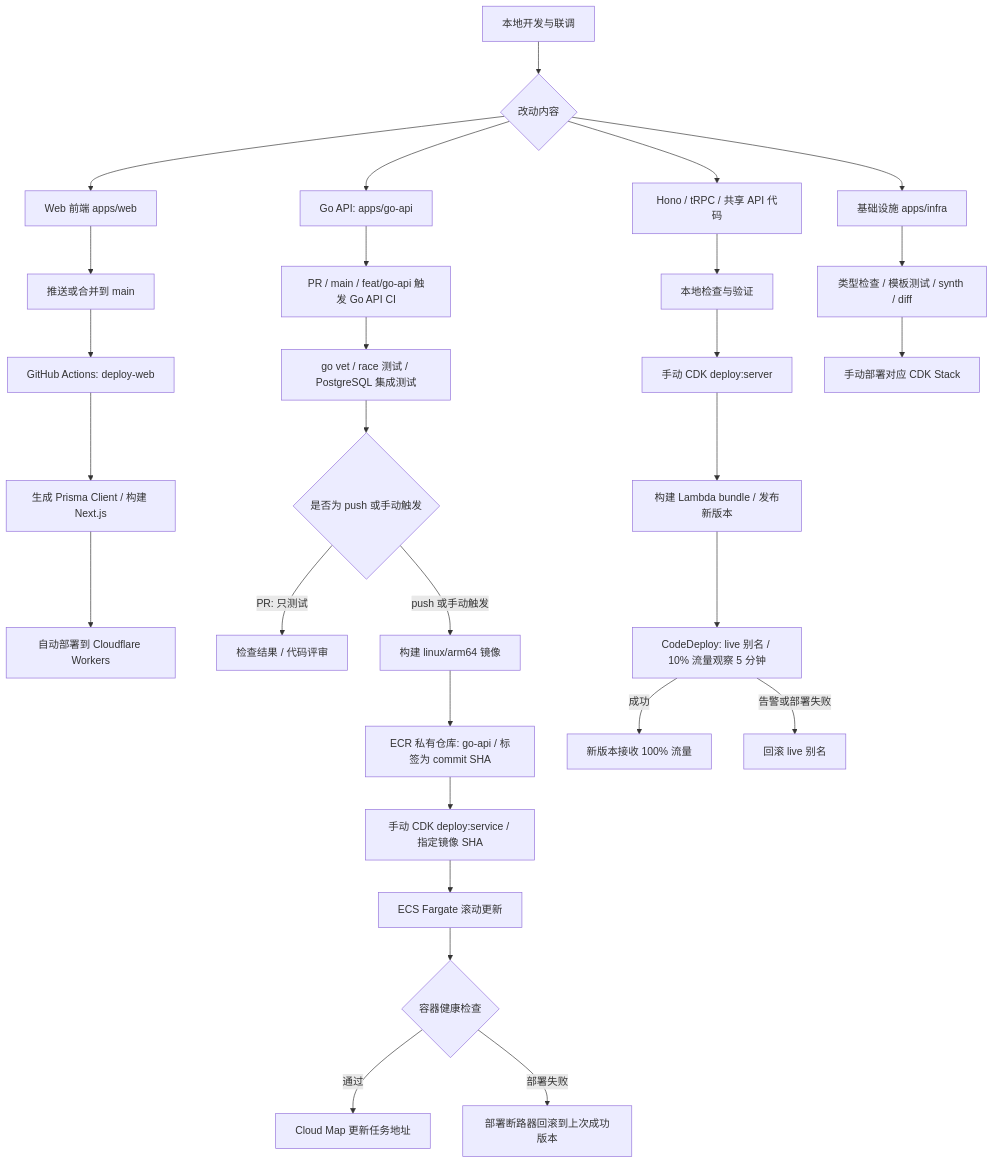
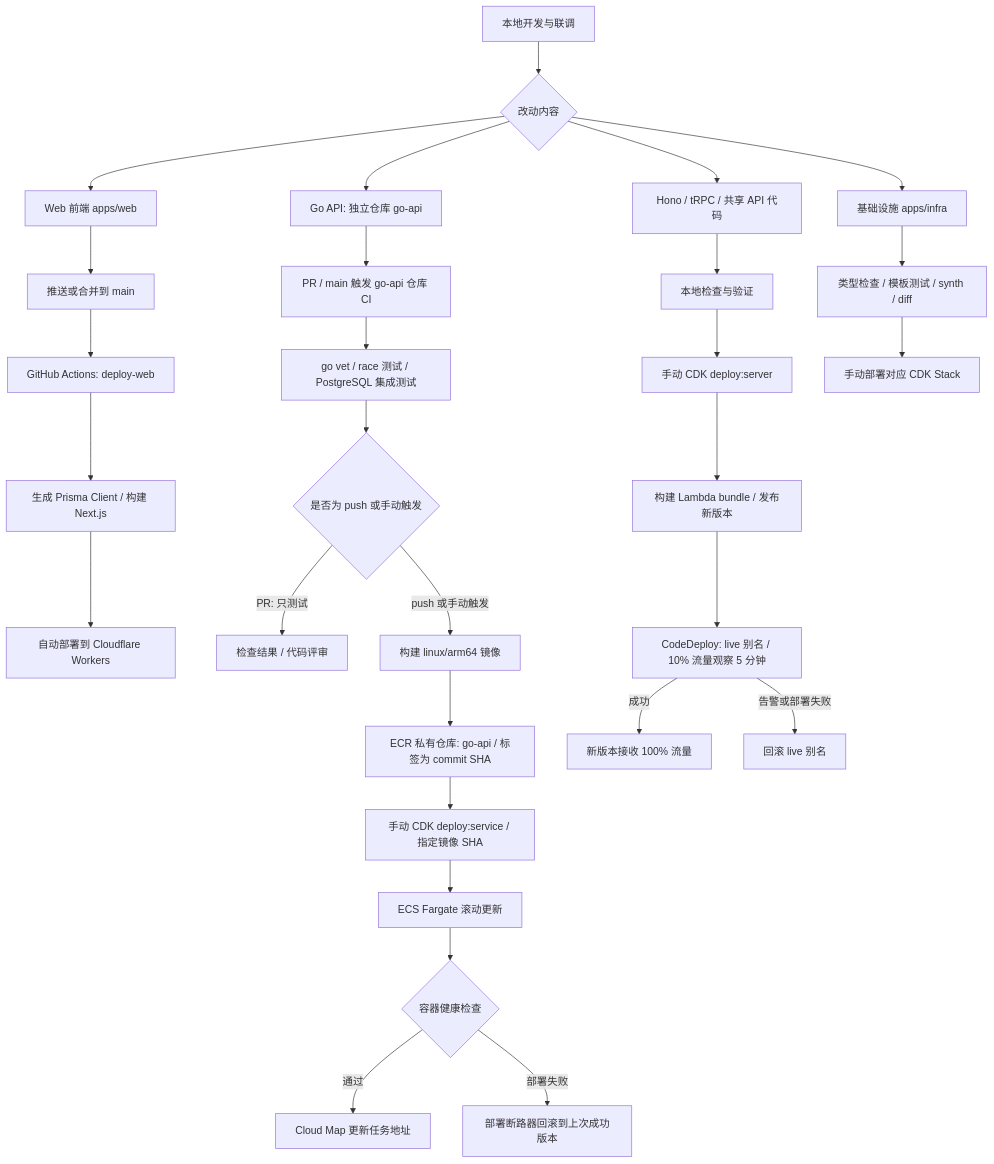
Before and after one commit to lixuecn/github_name: the first of 2 diagrams in apps/infra/DEVELOPMENT.md, drawn with Mermaid. The commit also changed 33 other files, not shown here.

````diff
--- a/apps/infra/DEVELOPMENT.md
+++ b/apps/infra/DEVELOPMENT.md
@@ -7,35 +7,35 @@
 ```mermaid
 flowchart TD
     Dev[本地开发与联调] --> Change{改动内容}
 
     Change --> Web[Web 前端 apps/web]
     Web --> Main[推送或合并到 main]
     Main --> WebCI[GitHub Actions: deploy-web]
     WebCI --> WebBuild[生成 Prisma Client / 构建 Next.js]
     WebBuild --> CF[自动部署到 Cloudflare Workers]
 
-    Change --> Go[Go API: apps/go-api]
-    Go --> GoCI[PR / main / feat/go-api 触发 Go API CI]
+    Change --> Go[Go API: 独立仓库 go-api]
+    Go --> GoCI[PR / main 触发 go-api 仓库 CI]
     GoCI --> Test[go vet / race 测试 / PostgreSQL 集成测试]
     Test --> Event{是否为 push 或手动触发}
     Event -->|PR: 只测试| Review[检查结果 / 代码评审]
     Event -->|push 或手动触发| Image[构建 linux/arm64 镜像]
     Image --> ECR[ECR 私有仓库: go-api / 标签为 commit SHA]
     ECR --> DeployGo[手动 CDK deploy:service / 指定镜像 SHA]
     DeployGo --> ECS[ECS Fargate 滚动更新]
     ECS --> Health{容器健康检查}
     Health -->|通过| Register[Cloud Map 更新任务地址]
     Health -->|部署失败| RollbackGo[部署断路器回滚到上次成功版本]
 
     Change --> Server[Hono / tRPC / 共享 API 代码]
     Server --> Check[本地检查与验证]
     Check --> DeployServer[手动 CDK deploy:server]
     DeployServer --> Bundle[构建 Lambda bundle / 发布新版本]
     Bundle --> Canary[CodeDeploy: live 别名 / 10% 流量观察 5 分钟]
     Canary -->|成功| Lambda[新版本接收 100% 流量]
     Canary -->|告警或部署失败| RollbackLambda[回滚 live 别名]
 
     Change --> Infra[基础设施 apps/infra]
     Infra --> Validate[类型检查 / 模板测试 / synth / diff]
     Validate --> Stack[手动部署对应 CDK Stack]
 ```
````
